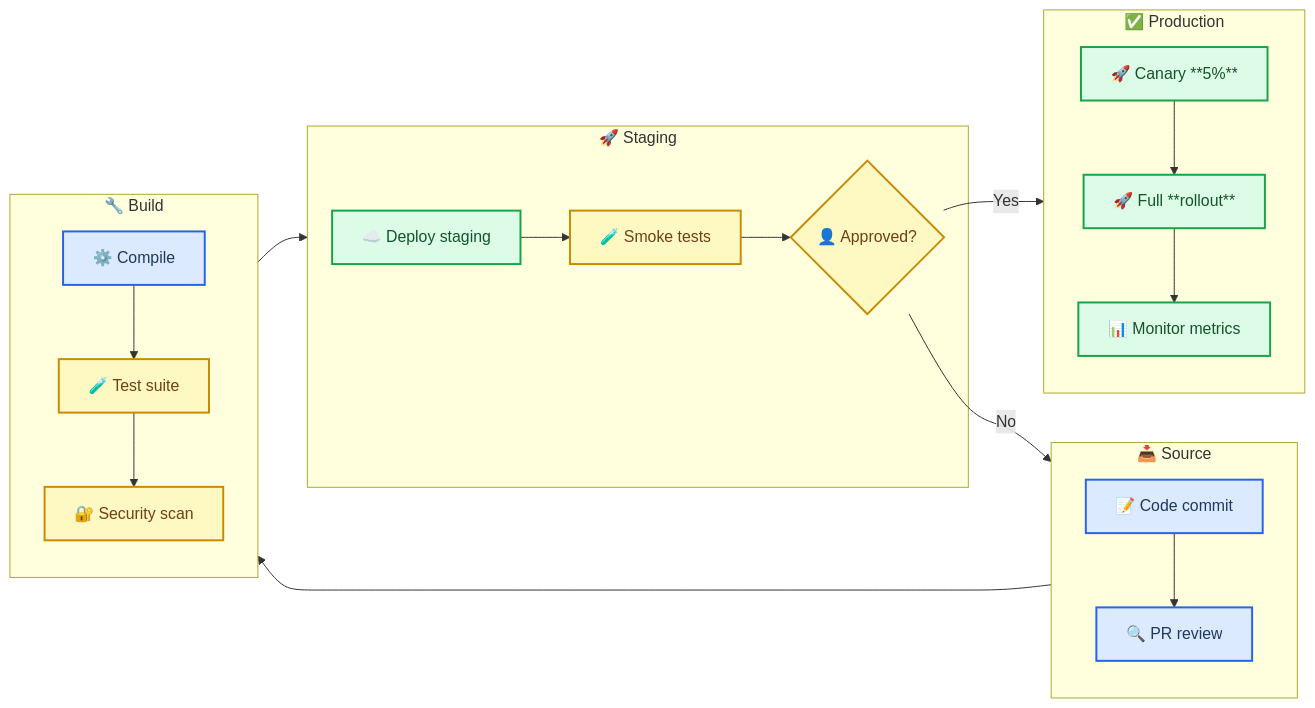
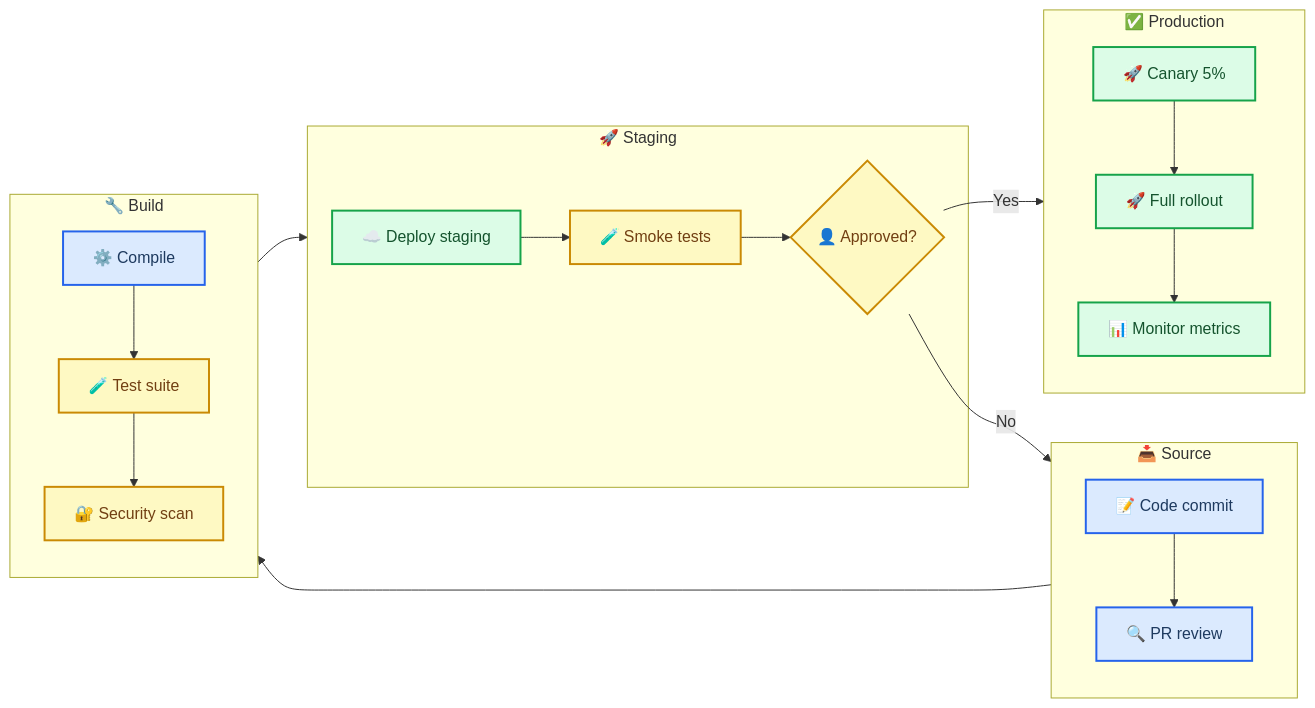
One commit to thereisnotime/skills-collection changed the first of 8 diagrams in skills/K-Dense-AI--claude-scientific-skills/skills/markdown-mermaid-writing/references/diagrams/complex_examples.md. Above: the diagram before and after it, drawn with Mermaid. The commit also changed other lines of this file and 4040 other files, not shown here.

Commit message:
sync: update skills repos, readme and charts

````diff
--- a/skills/K-Dense-AI--claude-scientific-skills/skills/markdown-mermaid-writing/references/diagrams/complex_examples.md
+++ b/skills/K-Dense-AI--claude-scientific-skills/skills/markdown-mermaid-writing/references/diagrams/complex_examples.md
@@ -32,37 +32,37 @@
 ```mermaid
 flowchart LR
     accTitle: Release Pipeline Overview
     accDescr: High-level four-phase release pipeline from code commit through build, staging, and production deployment
 
     subgraph source ["📥 Source"]
         commit[📝 Code commit] --> pr_review[🔍 PR review]
     end
 
     subgraph build ["🔧 Build"]
         compile[⚙️ Compile] --> test[🧪 Test suite]
         test --> scan[🔐 Security scan]
     end
 
     subgraph staging ["🚀 Staging"]
         deploy_stg[☁️ Deploy staging] --> smoke[🧪 Smoke tests]
         smoke --> approval{👤 Approved?}
     end
 
     subgraph production ["✅ Production"]
-        canary[🚀 Canary **5%**] --> rollout[🚀 Full **rollout**]
+        canary[🚀 Canary 5%] --> rollout[🚀 Full rollout]
         rollout --> monitor[📊 Monitor metrics]
     end
 
     source --> build
     build --> staging
     approval -->|Yes| production
     approval -->|No| source
 
     classDef phase_start fill:#dbeafe,stroke:#2563eb,stroke-width:2px,color:#1e3a5f
     classDef phase_test fill:#fef9c3,stroke:#ca8a04,stroke-width:2px,color:#713f12
     classDef phase_deploy fill:#dcfce7,stroke:#16a34a,stroke-width:2px,color:#14532d
 
     class commit,pr_review,compile phase_start
     class test,scan,smoke,approval phase_test
     class deploy_stg,canary,rollout,monitor phase_deploy
 ```
````
